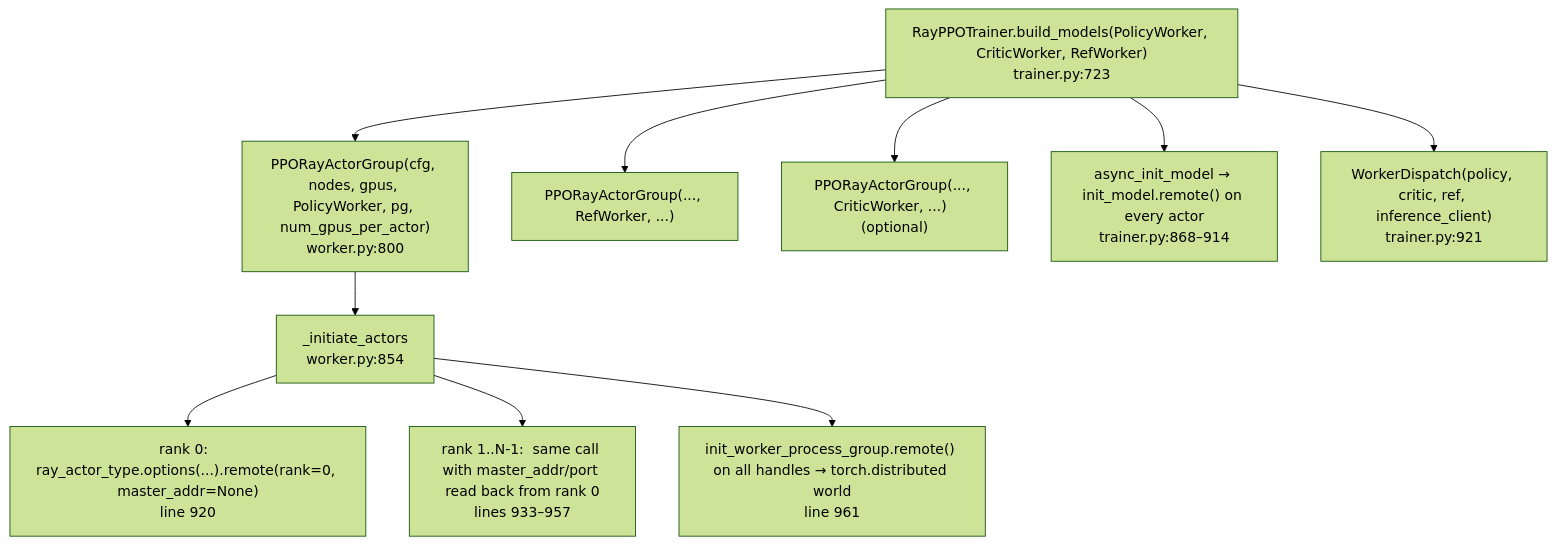
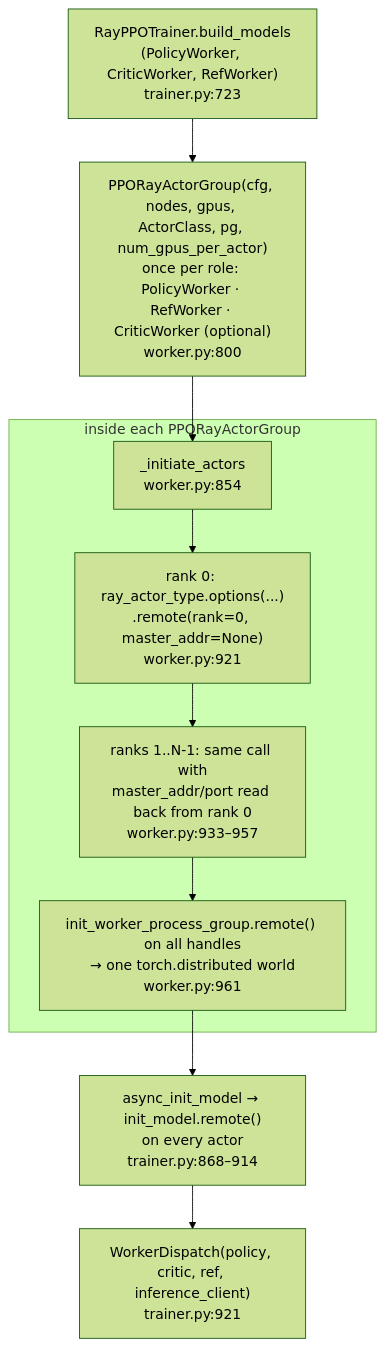
One commit to jq-wei/jq-wei.github.io changed the diagram in _posts/2026-11-17-skyrl-build-models-training-loop.md. Above: the diagram before and after it, drawn with Mermaid (forest theme).

Commit message:
SkyRL post: redraw build_models diagram as a vertical chain so it is readable

````diff
--- a/_posts/2026-11-17-skyrl-build-models-training-loop.md
+++ b/_posts/2026-11-17-skyrl-build-models-training-loop.md
@@ -75,13 +75,16 @@
 ```mermaid
 flowchart TB
-    BM["RayPPOTrainer.build_models(PolicyWorker, CriticWorker, RefWorker)<br/>trainer.py:723"]
-    BM --> G1["PPORayActorGroup(cfg, nodes, gpus, PolicyWorker, pg, num_gpus_per_actor)<br/>worker.py:800"]
-    BM --> G2["PPORayActorGroup(..., RefWorker, ...)"]
-    BM --> G3["PPORayActorGroup(..., CriticWorker, ...)  (optional)"]
-    G1 --> I1["_initiate_actors<br/>worker.py:854"]
-    I1 --> R0["rank 0:  ray_actor_type.options(...).remote(rank=0, master_addr=None)<br/>line 920"]
-    I1 --> RN["rank 1..N-1:  same call with master_addr/port read back from rank 0<br/>lines 933–957"]
-    I1 --> PG["init_worker_process_group.remote() on all handles → torch.distributed world<br/>line 961"]
-    BM --> INIT["async_init_model → init_model.remote() on every actor<br/>trainer.py:868–914"]
-    BM --> D["WorkerDispatch(policy, critic, ref, inference_client)<br/>trainer.py:921"]
+    BM["RayPPOTrainer.build_models<br/>(PolicyWorker, CriticWorker, RefWorker)<br/>trainer.py:723"]
+    G["PPORayActorGroup(cfg, nodes, gpus, ActorClass, pg, num_gpus_per_actor)<br/>once per role: PolicyWorker · RefWorker · CriticWorker (optional)<br/>worker.py:800"]
+    subgraph EACH["inside each PPORayActorGroup"]
+        I1["_initiate_actors<br/>worker.py:854"]
+        R0["rank 0: ray_actor_type.options(...)<br/>.remote(rank=0, master_addr=None)<br/>worker.py:921"]
+        RN["ranks 1..N-1: same call with<br/>master_addr/port read back from rank 0<br/>worker.py:933–957"]
+        PG["init_worker_process_group.remote() on all handles<br/>→ one torch.distributed world<br/>worker.py:961"]
+        I1 --> R0 --> RN --> PG
+    end
+    INIT["async_init_model → init_model.remote()<br/>on every actor<br/>trainer.py:868–914"]
+    D["WorkerDispatch(policy, critic, ref, inference_client)<br/>trainer.py:921"]
+    BM --> G --> I1
+    PG --> INIT --> D
 ```
````
